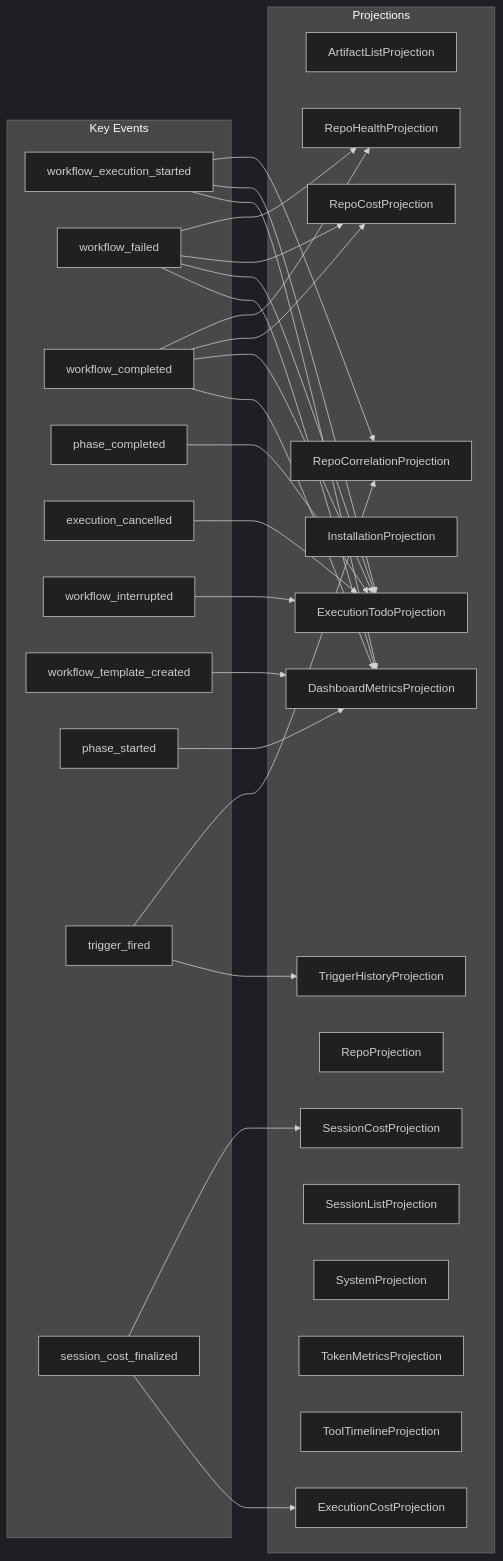
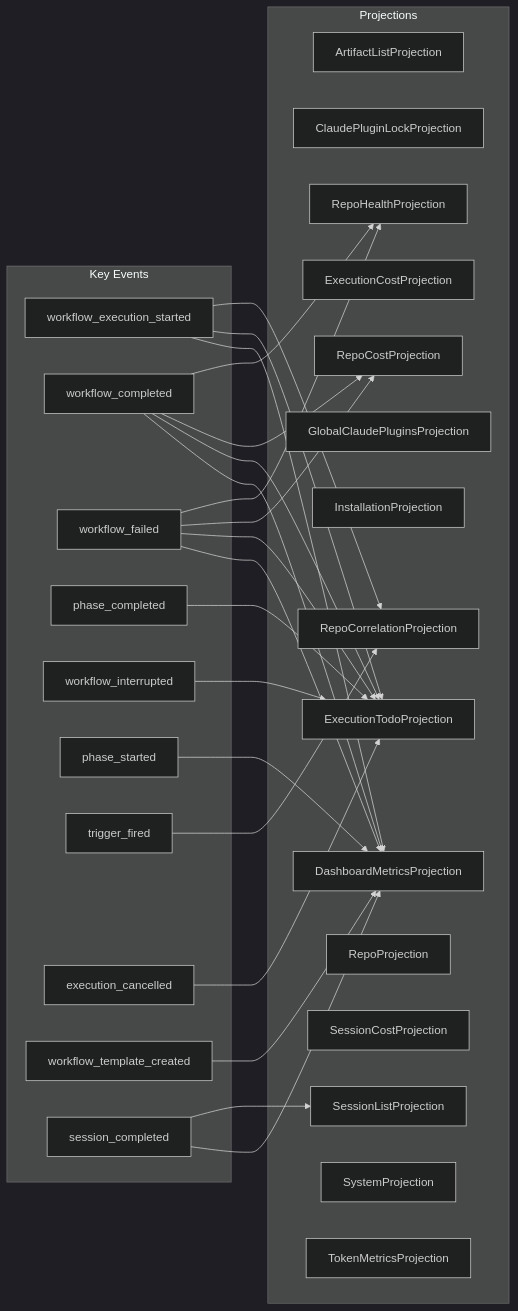
The diagram in docs/architecture/projection-subscriptions.md (syntropic137/syntropic137), drawn with Mermaid (dark theme) before and after one commit. The commit also changed other lines of this file and 24 other files, not shown here.

First line of the commit message:
feat(api): thin claude plugin endpoints + ADR-065 + ADR-066 (#726)

````diff
--- a/docs/architecture/projection-subscriptions.md
+++ b/docs/architecture/projection-subscriptions.md
@@ -15,54 +15,53 @@
 ```mermaid
 graph LR
     subgraph events["Key Events"]
         e1[workflow_execution_started]
-        e2[workflow_failed]
-        e3[workflow_completed]
+        e2[workflow_completed]
+        e3[workflow_failed]
         e4[phase_completed]
-        e5[execution_cancelled]
-        e6[workflow_interrupted]
-        e7[workflow_template_created]
-        e8[phase_started]
-        e9[trigger_fired]
-        e10[session_cost_finalized]
+        e5[workflow_interrupted]
+        e6[phase_started]
+        e7[trigger_fired]
+        e8[execution_cancelled]
+        e9[workflow_template_created]
+        e10[session_completed]
     end
 
     subgraph projections["Projections"]
         p1[ArtifactListProjection]
-        p2[DashboardMetricsProjection]
-        p3[ExecutionCostProjection]
-        p4[ExecutionTodoProjection]
-        p5[InstallationProjection]
-        p6[RepoCorrelationProjection]
-        p7[RepoCostProjection]
-        p8[RepoHealthProjection]
-        p9[RepoProjection]
-        p10[SessionCostProjection]
-        p11[SessionListProjection]
-        p12[SystemProjection]
-        p13[TokenMetricsProjection]
-        p14[ToolTimelineProjection]
-        p15[TriggerHistoryProjection]
+        p2[ClaudePluginLockProjection]
+        p3[DashboardMetricsProjection]
+        p4[ExecutionCostProjection]
+        p5[ExecutionTodoProjection]
+        p6[GlobalClaudePluginsProjection]
+        p7[InstallationProjection]
+        p8[RepoCorrelationProjection]
+        p9[RepoCostProjection]
+        p10[RepoHealthProjection]
+        p11[RepoProjection]
+        p12[SessionCostProjection]
+        p13[SessionListProjection]
+        p14[SystemProjection]
+        p15[TokenMetricsProjection]
     end
 
-    e10 --> p10
+    e5 --> p5
+    e10 --> p13
     e10 --> p3
-    e4 --> p4
-    e2 --> p8
-    e2 --> p7
-    e2 --> p4
-    e2 --> p2
-    e5 --> p4
-    e6 --> p4
-    e7 --> p2
-    e8 --> p2
-    e3 --> p8
-    e3 --> p7
-    e3 --> p4
-    e3 --> p2
-    e1 --> p6
-    e1 --> p4
-    e1 --> p2
-    e9 --> p6
-    e9 --> p15
+    e2 --> p10
+    e2 --> p9
+    e2 --> p5
+    e2 --> p3
+    e6 --> p3
+    e3 --> p10
+    e3 --> p9
+    e3 --> p5
+    e3 --> p3
+    e7 --> p8
+    e1 --> p8
+    e1 --> p5
+    e1 --> p3
+    e4 --> p5
+    e8 --> p5
+    e9 --> p3
 ```
````
